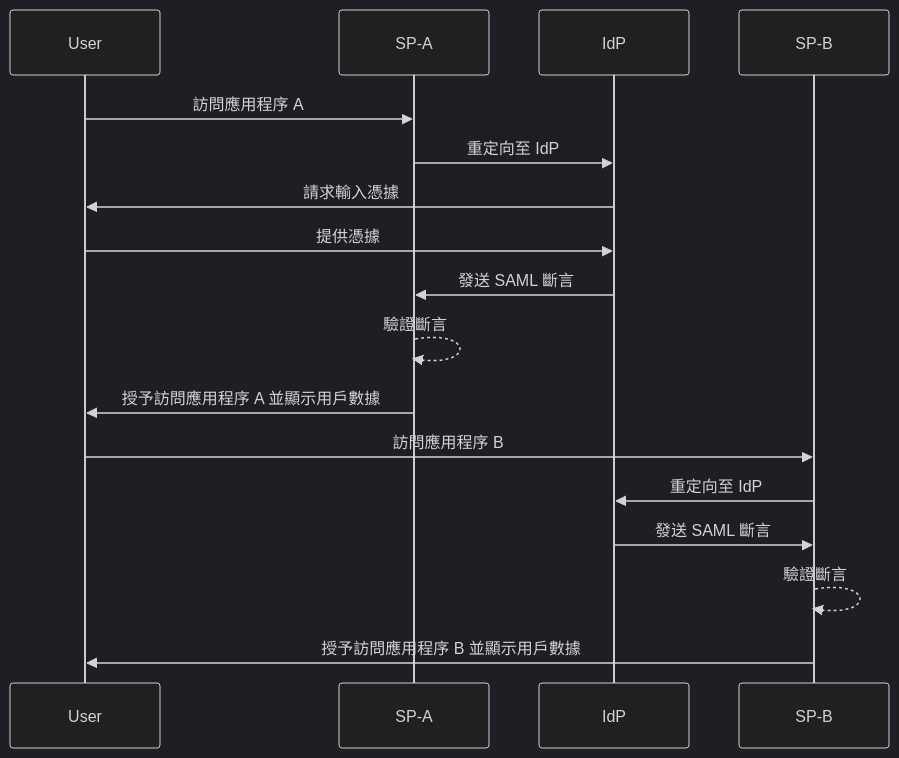
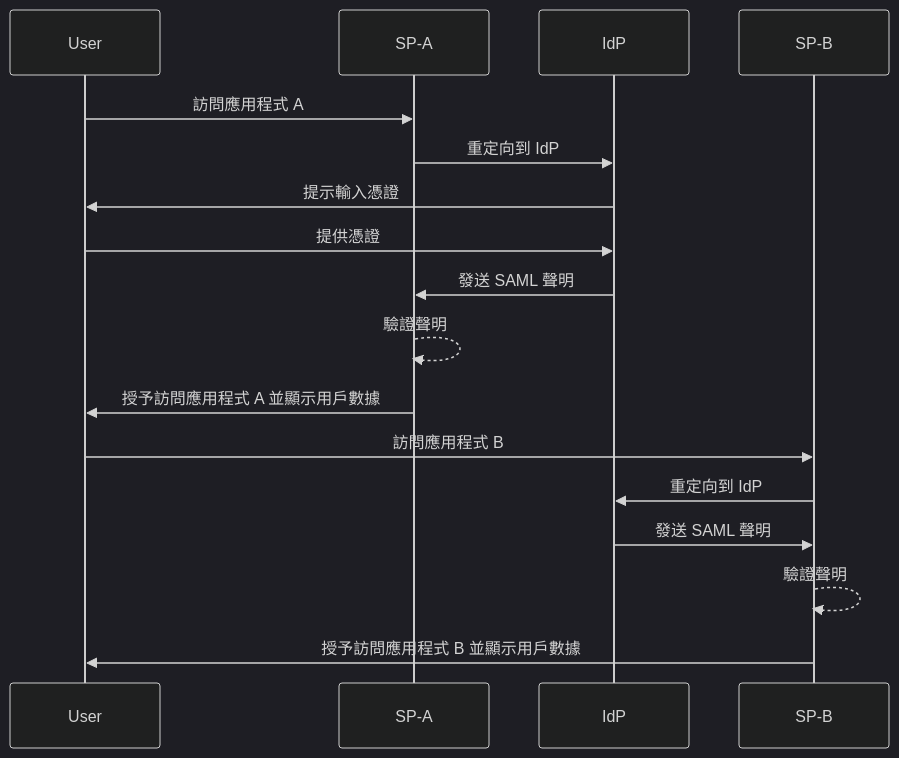
One commit to logto-io/auth-wiki changed the first of 2 diagrams in src/content/terms/zh-Hant/single-sign-on.mdx. Above: the diagram before and after it, drawn with Mermaid (dark theme). The commit also changed other lines of this file and 8 other files, not shown here.

````diff
--- a/src/content/terms/zh-Hant/single-sign-on.mdx
+++ b/src/content/terms/zh-Hant/single-sign-on.mdx
@@ -29,20 +31,20 @@
 ```mermaid
 sequenceDiagram
     participant User
     participant SP-A
     participant IdP
     participant SP-B
 
-    User->>SP-A: 訪問應用程序 A
-    SP-A->>IdP: 重定向至 IdP
-    IdP->>User: 請求輸入憑據
-    User->>IdP: 提供憑據
-    IdP->>SP-A: 發送 SAML 斷言
-    SP-A-->>SP-A: 驗證斷言
-    SP-A->>User: 授予訪問應用程序 A 並顯示用戶數據
-    User->>SP-B: 訪問應用程序 B
-    SP-B->>IdP: 重定向至 IdP
-    IdP->>SP-B: 發送 SAML 斷言
-    SP-B-->>SP-B: 驗證斷言
-    SP-B->>User: 授予訪問應用程序 B 並顯示用戶數據
+    User->>SP-A: 訪問應用程式 A
+    SP-A->>IdP: 重定向到 IdP
+    IdP->>User: 提示輸入憑證
+    User->>IdP: 提供憑證
+    IdP->>SP-A: 發送 SAML 聲明
+    SP-A-->>SP-A: 驗證聲明
+    SP-A->>User: 授予訪問應用程式 A 並顯示用戶數據
+    User->>SP-B: 訪問應用程式 B
+    SP-B->>IdP: 重定向到 IdP
+    IdP->>SP-B: 發送 SAML 聲明
+    SP-B-->>SP-B: 驗證聲明
+    SP-B->>User: 授予訪問應用程式 B 並顯示用戶數據
 ```
````
